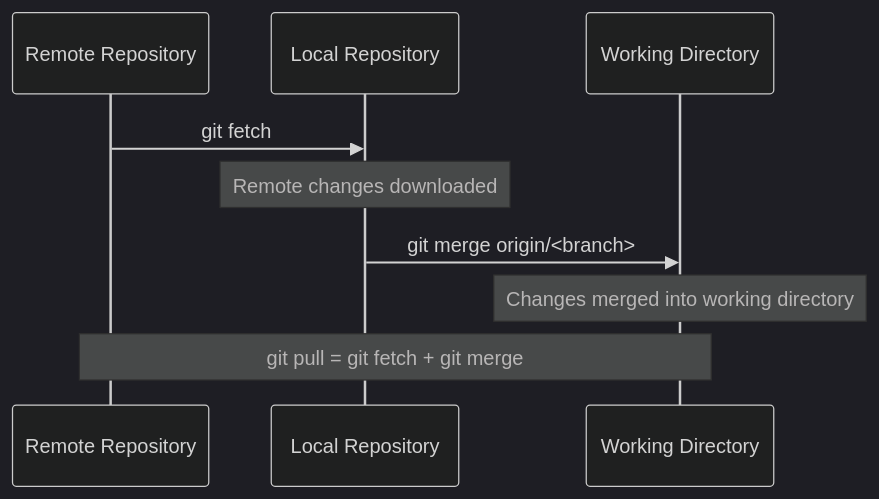
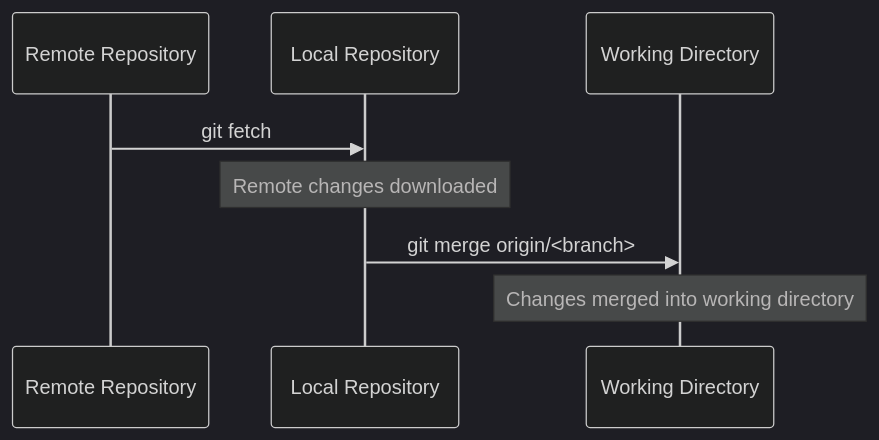
One commit to Pourfex/Counting changed the second of 8 diagrams in README.md. Above: the diagram before and after it, drawn with Mermaid (dark theme). The commit also changed other lines of this file, not shown here.

````diff
--- a/README.md
+++ b/README.md
@@ -31,13 +31,11 @@
 ```mermaid
 sequenceDiagram
     participant RR as Remote Repository
     participant LR as Local Repository
     participant WD as Working Directory
 
     RR->>LR: git fetch
     Note over LR: Remote changes downloaded
     LR->>WD: git merge origin/<branch>
     Note over WD: Changes merged into working directory
-    
-    Note over RR,WD: git pull = git fetch + git merge
 ```
````
